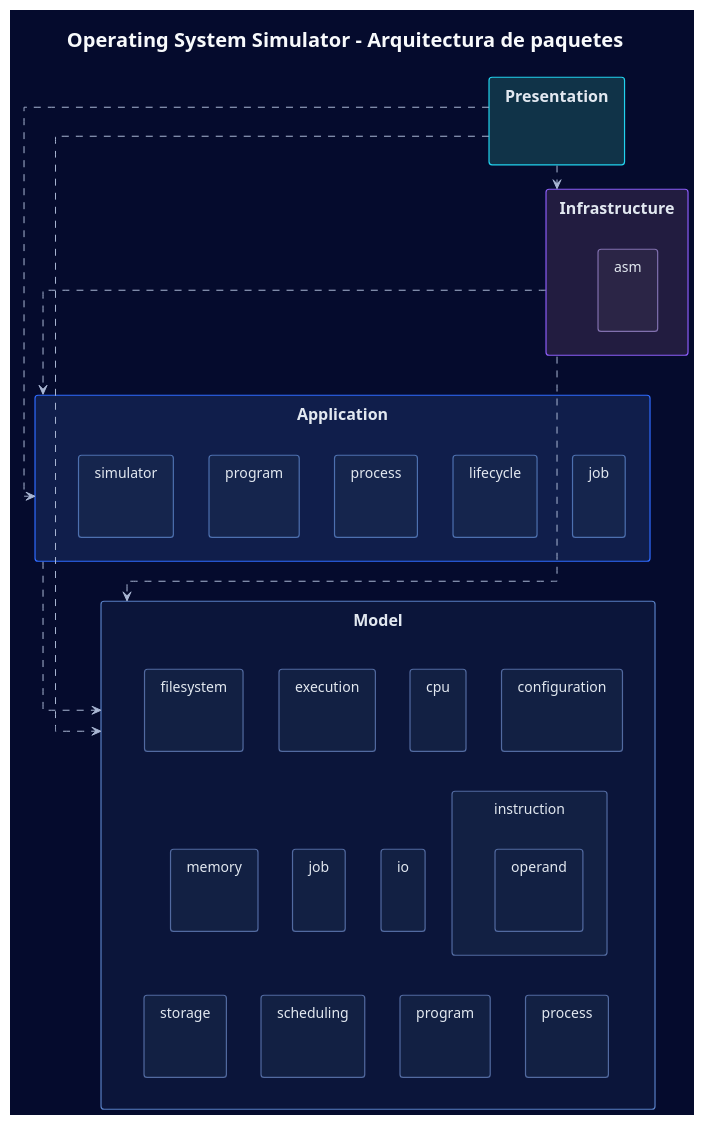
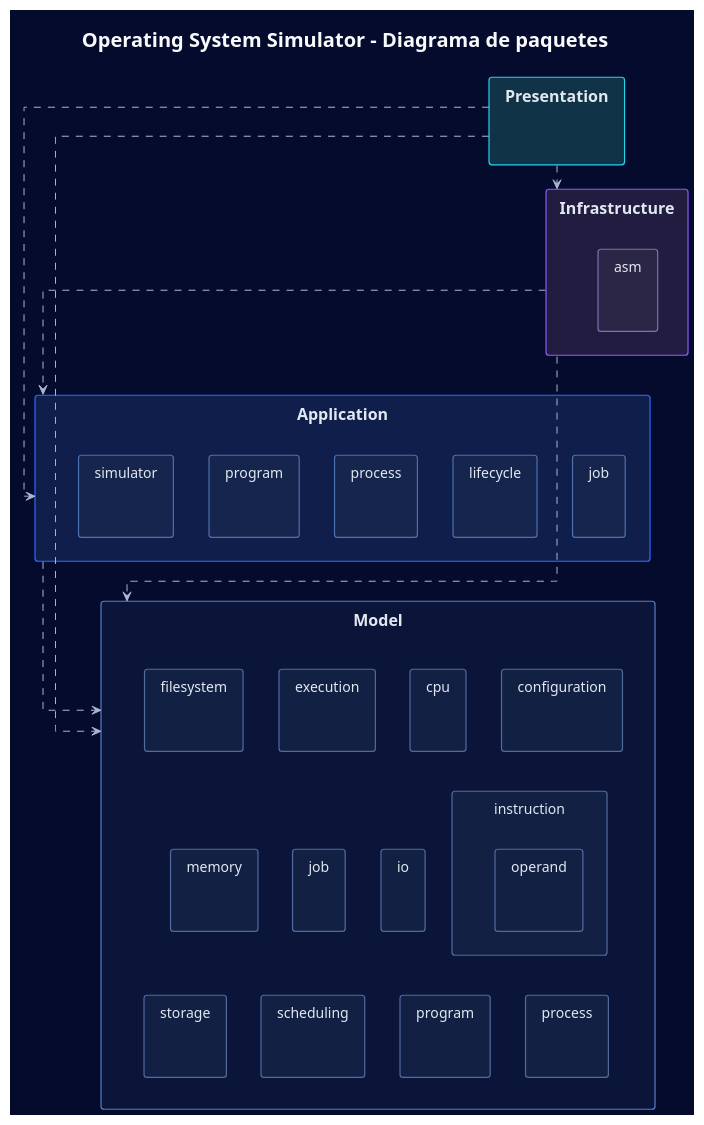
Before and after one commit to RaJami1205/Operating_System_Simulator: the diagram in docs/uml/package-architecture.puml, drawn with PlantUML. The commit also changed 2 other files, not shown here.

```diff
--- a/docs/uml/package-architecture.puml
+++ b/docs/uml/package-architecture.puml
@@ -1,148 +1,148 @@
 @startuml
 top to bottom direction
 skinparam packageStyle rectangle
 skinparam linetype ortho
 skinparam nodesep 35
 skinparam ranksep 60
 skinparam padding 6
 
 <style>
 root {
   BackgroundColor #050B2D
   FontName Arial
   FontColor #F8FAFC
   FontSize 14
   Shadowing 0
 }
 title {
   FontColor #F8FAFC
   FontSize 20
   FontStyle bold
 }
 package {
   BackgroundColor #0B153A
   LineColor #526AA0
   LineThickness 1.2
   FontColor #E2E8F0
   FontSize 14
   FontStyle plain
   RoundCorner 6
 }
 arrow {
   LineColor #AAB7D4
   FontColor #AAB7D4
   FontSize 12
   LineThickness 1.2
 }
 .presentation {
   BackgroundColor #103348
   LineColor #22D3EE
   FontSize 16
   FontStyle bold
 }
 .application {
   BackgroundColor #101E4B
   LineColor #2F6BFF
   FontSize 16
   FontStyle bold
 }
 .model {
   BackgroundColor #0B153A
   LineColor #587FC4
   FontSize 16
   FontStyle bold
 }
 .infrastructure {
   BackgroundColor #221C40
   LineColor #8B5CF6
   FontSize 16
   FontStyle bold
 }
 .applicationChild {
   BackgroundColor #15254D
   LineColor #4D70AF
 }
 .modelChild {
   BackgroundColor #122043
   LineColor #526AA0
 }
 .infrastructureChild {
   BackgroundColor #2B2546
   LineColor #8170AE
 }
 </style>
 hide stereotype
 
-title Operating System Simulator - Arquitectura de paquetes
+title Operating System Simulator - Diagrama de paquetes
 ' Raíz común: io.github.rajami1205.osimulator
 ' Dependencias derivadas de imports internos; tipos anidados se atribuyen a su paquete.
 ' Vista resumida: omite exception y agrega las relaciones entre capas.
 
 package "Presentation" as pkg_presentation <<presentation>> {
 
 }
 package "Application" as pkg_application <<application>> {
   package "job" as pkg_application_job <<applicationChild>> {
   }
   package "lifecycle" as pkg_application_lifecycle <<applicationChild>> {
   }
   package "process" as pkg_application_process <<applicationChild>> {
   }
   package "program" as pkg_application_program <<applicationChild>> {
   }
   package "simulator" as pkg_application_simulator <<applicationChild>> {
   }
 }
 package "Infrastructure" as pkg_infrastructure <<infrastructure>> {
   package "asm" as pkg_infrastructure_asm <<infrastructureChild>> {
   }
 }
 package "Model" as pkg_model <<model>> {
   together {
     package "configuration" as pkg_model_configuration <<modelChild>> {
     }
     package "cpu" as pkg_model_cpu <<modelChild>> {
     }
     package "execution" as pkg_model_execution <<modelChild>> {
     }
     package "filesystem" as pkg_model_filesystem <<modelChild>> {
     }
   }
   together {
     package "instruction" as pkg_model_instruction <<modelChild>> {
       package "operand" as pkg_model_instruction_operand <<modelChild>> {
       }
     }
     package "io" as pkg_model_io <<modelChild>> {
     }
     package "job" as pkg_model_job <<modelChild>> {
     }
     package "memory" as pkg_model_memory <<modelChild>> {
     }
   }
   together {
     package "process" as pkg_model_process <<modelChild>> {
     }
     package "program" as pkg_model_program <<modelChild>> {
     }
     package "scheduling" as pkg_model_scheduling <<modelChild>> {
     }
     package "storage" as pkg_model_storage <<modelChild>> {
     }
   }
 }
 
 pkg_application ..> pkg_model
 pkg_infrastructure ..> pkg_application
 pkg_infrastructure ..> pkg_model
 pkg_presentation ..> pkg_application
 pkg_presentation ..> pkg_infrastructure
 pkg_presentation ..> pkg_model
 
 ' Sólo layout: estos enlaces ocultos no representan dependencias reales.
 pkg_model_configuration -[hidden]down-> pkg_model_instruction
 pkg_model_instruction -[hidden]down-> pkg_model_process
 
 pkg_application -[hidden]down-> pkg_model
 
 @enduml
```
